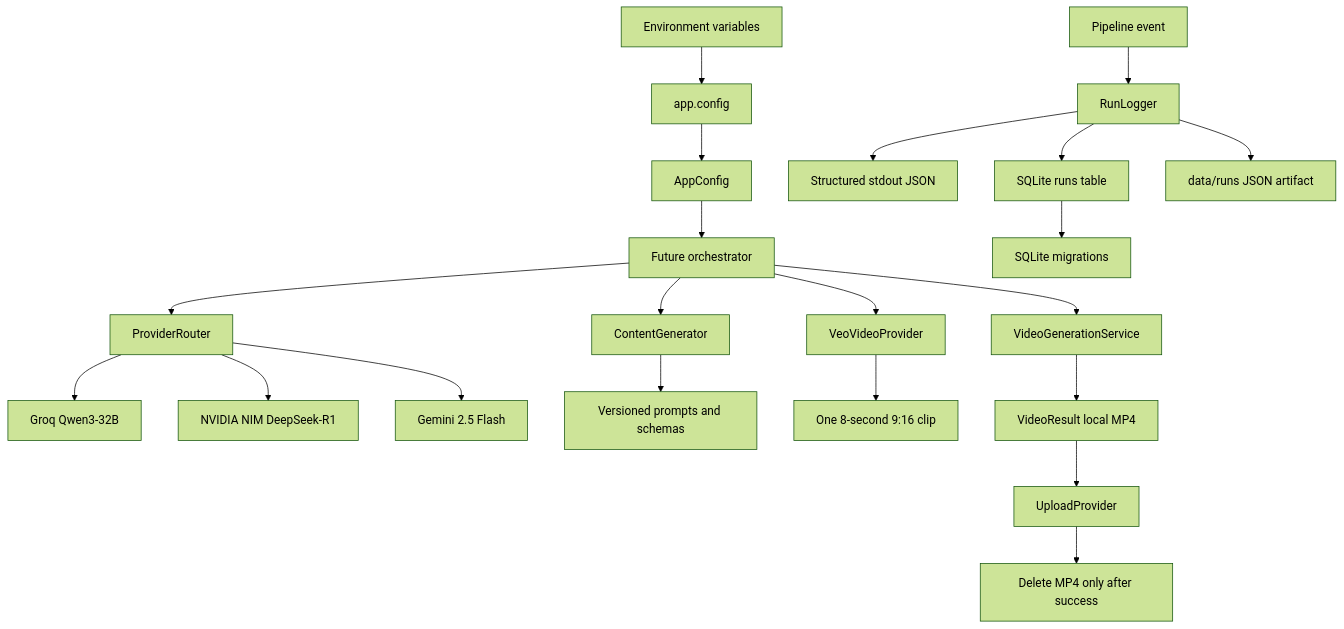
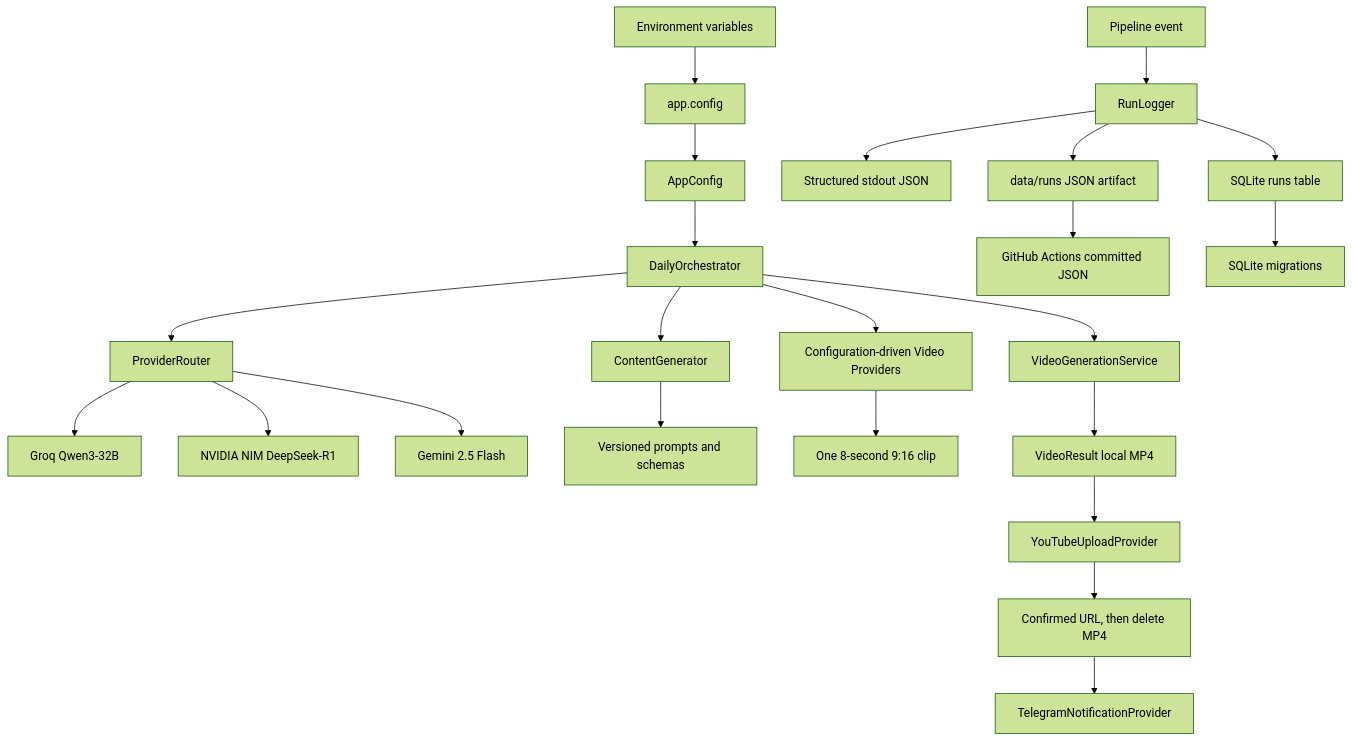
Before and after one commit to Aspect022/AI_Content_Factory: the diagram in docs/architecture.md, drawn with Mermaid (forest theme). The commit also changed other lines of this file and 9 other files, not shown here.

````diff
--- a/docs/architecture.md
+++ b/docs/architecture.md
@@ -3,23 +3,25 @@
 ```mermaid
 flowchart TD
     A[Environment variables] --> B[app.config]
     B --> C[AppConfig]
-    C --> D[Future orchestrator]
+    C --> D[DailyOrchestrator]
     D --> E[ProviderRouter]
     E --> F[Groq Qwen3-32B]
     E --> G[NVIDIA NIM DeepSeek-R1]
     E --> H[Gemini 2.5 Flash]
     D --> N[ContentGenerator]
     N --> O[Versioned prompts and schemas]
-    D --> Q[VeoVideoProvider]
+    D --> Q[Configuration-driven Video Providers]
     Q --> R[One 8-second 9:16 clip]
     D --> S[VideoGenerationService]
     S --> T[VideoResult local MP4]
-    T --> U[UploadProvider]
-    U --> V[Delete MP4 only after success]
+    T --> U[YouTubeUploadProvider]
+    U --> V[Confirmed URL, then delete MP4]
+    V --> W[TelegramNotificationProvider]
     I[Pipeline event] --> J[RunLogger]
     J --> K[Structured stdout JSON]
     J --> L[SQLite runs table]
     J --> M[data/runs JSON artifact]
+    M --> X[GitHub Actions committed JSON]
     L --> P[SQLite migrations]
 ```
````
